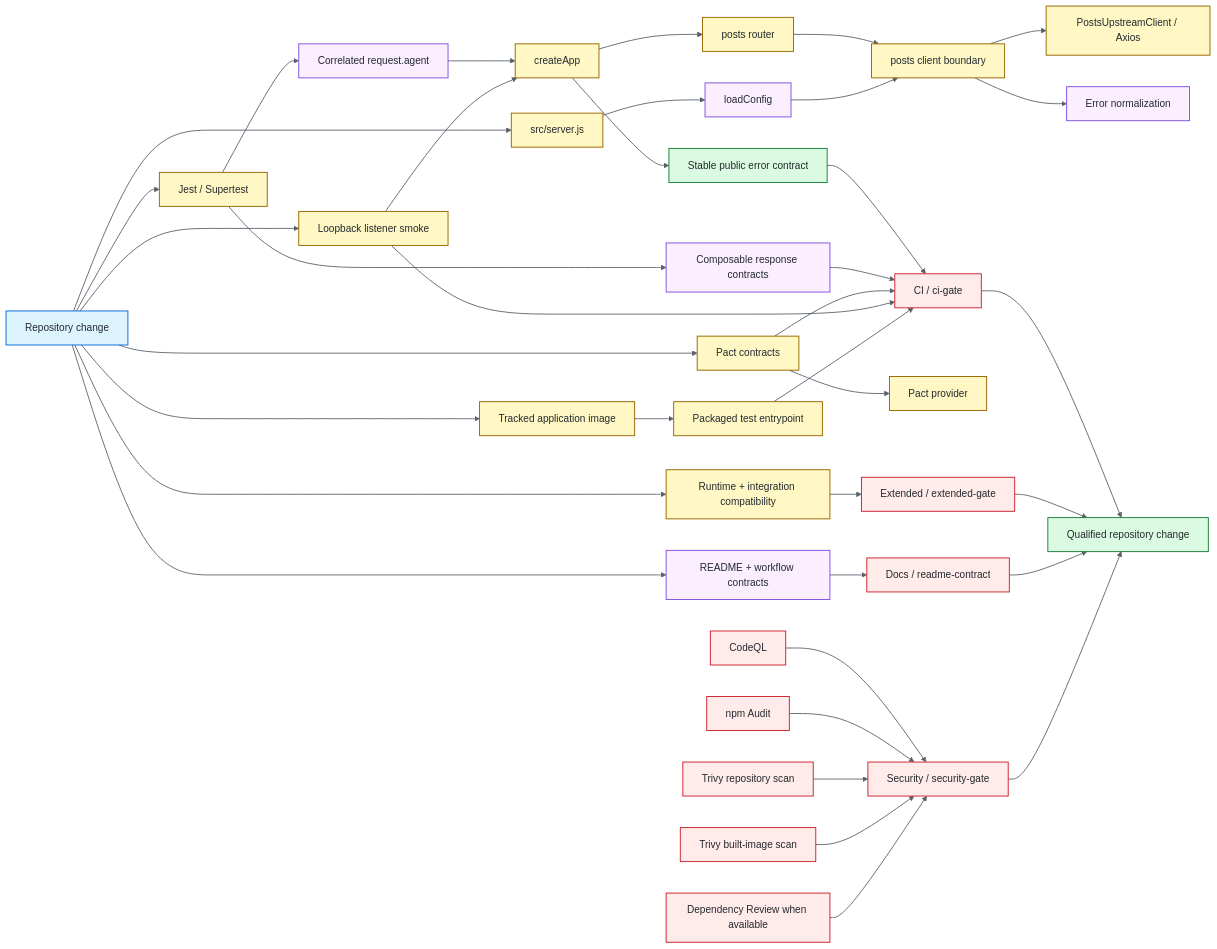
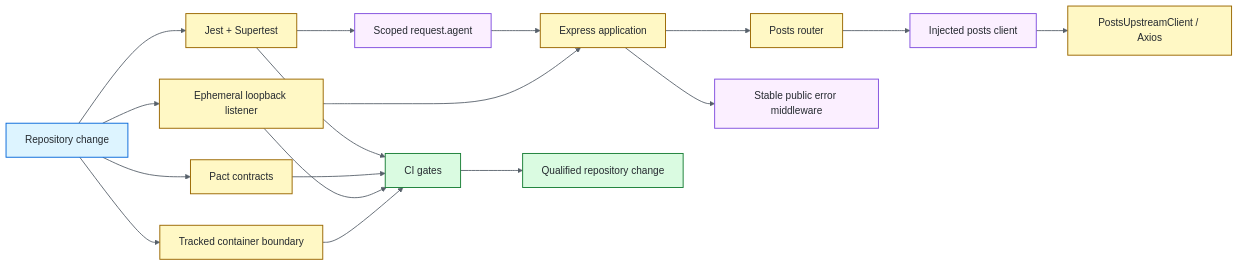
One commit to portyu9/qa-automation-node-supertest changed the diagram in README.md. Above: the diagram before and after it, drawn with Mermaid. The commit also changed other lines of this file, not shown here.

Commit message:
docs: streamline Supertest main README

````diff
--- a/README.md
+++ b/README.md
@@ -41,57 +41,31 @@
 ```mermaid
 flowchart LR
-    CHANGE[Repository change] --> TEST[Jest / Supertest]
-    TEST --> AGENT[Correlated request.agent]
-    AGENT --> APP[createApp]
-    APP --> ROUTE[posts router]
-    ROUTE --> PORT[posts client boundary]
-    PORT --> AXIOS[PostsUpstreamClient / Axios]
-    PORT --> ERR[Error normalization]
-    TEST --> EXPECT[Composable response contracts]
-    APP --> ENVELOPE[Stable public error contract]
-    ENVELOPE --> CIG[CI / ci-gate]
-    EXPECT --> CIG
+    CHANGE[Repository change] --> TEST[Jest + Supertest]
+    TEST --> AGENT[Scoped request.agent]
+    AGENT --> APP[Express application]
+    APP --> ROUTE[Posts router]
+    ROUTE --> CLIENT[Injected posts client]
+    CLIENT --> TRANSPORT[PostsUpstreamClient / Axios]
+    APP --> ERR[Stable public error middleware]
 
     CHANGE --> PACT[Pact contracts]
-    PACT --> MOCK[Pact provider]
-    PACT --> CIG
-    CHANGE --> LISTENER[Loopback listener smoke]
+    CHANGE --> LISTENER[Ephemeral loopback listener]
     LISTENER --> APP
-    LISTENER --> CIG
-    CHANGE --> SERVER[src/server.js]
-    SERVER --> CFG[loadConfig]
-    CFG --> PORT
+    CHANGE --> IMAGE[Tracked container boundary]
 
-    CHANGE --> PKG[Tracked application image]
-    PKG --> ENTRY[Packaged test entrypoint]
-    ENTRY --> CIG
+    TEST --> GATES[CI gates]
+    PACT --> GATES
+    LISTENER --> GATES
+    IMAGE --> GATES
+    GATES --> RESULT[Qualified repository change]
 
-    CHANGE --> EXT[Runtime + integration compatibility]
-    EXT --> EG[Extended / extended-gate]
-
-    CHANGE --> DOCS[README + workflow contracts]
-    DOCS --> DG[Docs / readme-contract]
-
-    SAST[CodeQL] --> SG[Security / security-gate]
-    AUDIT[npm Audit] --> SG
-    REPO[Trivy repository scan] --> SG
-    IMAGE[Trivy built-image scan] --> SG
-    REVIEW[Dependency Review when available] --> SG
-
-    CIG --> RESULT[Qualified repository change]
-    EG --> RESULT
-    DG --> RESULT
-    SG --> RESULT
-
-    classDef entry fill:#ddf4ff,stroke:#0969da,color:#24292f,stroke-width:1.5px;
-    classDef policy fill:#fbefff,stroke:#8250df,color:#24292f,stroke-width:1.5px;
-    classDef runtime fill:#fff8c5,stroke:#9a6700,color:#24292f,stroke-width:1.5px;
-    classDef evidence fill:#dafbe1,stroke:#1a7f37,color:#24292f,stroke-width:1.5px;
-    classDef gate fill:#ffebe9,stroke:#cf222e,color:#24292f,stroke-width:1.5px;
+    classDef entry fill:#DDF4FF,stroke:#0969DA,color:#24292F,stroke-width:1.5px;
+    classDef policy fill:#FBEFFF,stroke:#8250DF,color:#24292F,stroke-width:1.5px;
+    classDef runtime fill:#FFF8C5,stroke:#9A6700,color:#24292F,stroke-width:1.5px;
+    classDef evidence fill:#DAFBE1,stroke:#1A7F37,color:#24292F,stroke-width:1.5px;
     class CHANGE entry;
-    class AGENT,EXPECT,ERR,CFG,DOCS policy;
-    class TEST,APP,ROUTE,PORT,AXIOS,PACT,MOCK,LISTENER,SERVER,PKG,ENTRY,EXT runtime;
-    class ENVELOPE,RESULT evidence;
-    class CIG,EG,DG,SAST,AUDIT,REPO,IMAGE,REVIEW,SG gate;
-    linkStyle default stroke:#57606a,stroke-width:1.4px;
+    class AGENT,CLIENT,ERR policy;
+    class TEST,APP,ROUTE,TRANSPORT,PACT,LISTENER,IMAGE runtime;
+    class GATES,RESULT evidence;
+    linkStyle default stroke:#57606A,stroke-width:1.4px;
 ```
````
